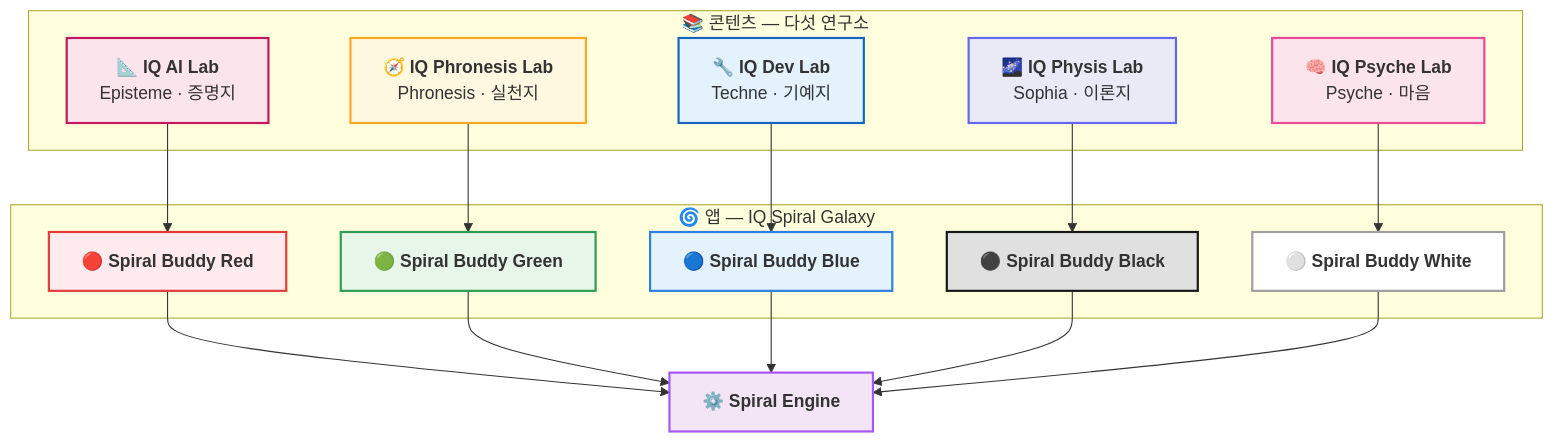
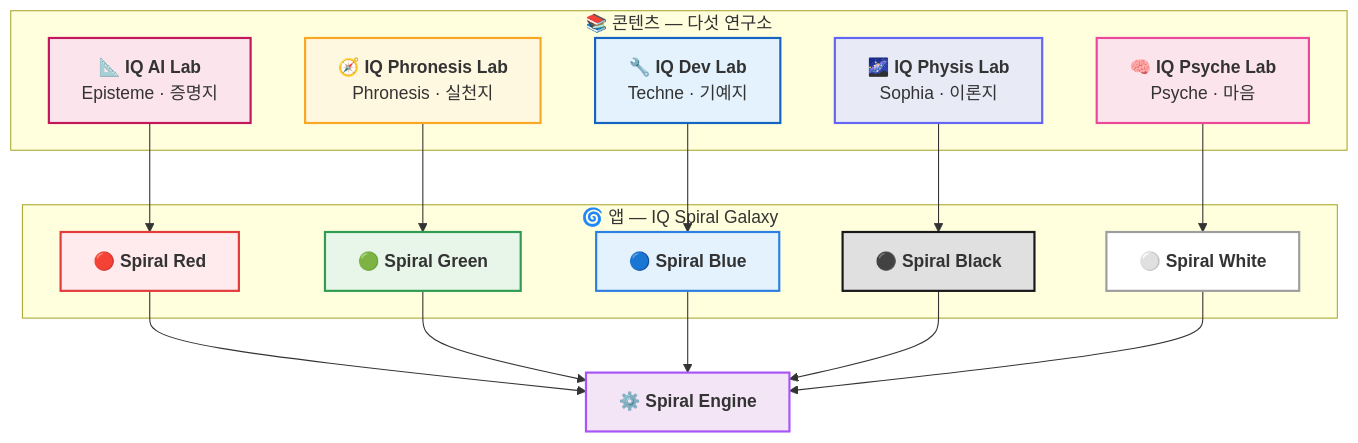
Before and after one commit to iq-spiral-galaxy/.github: the first of 2 diagrams in profile/README.md, drawn with Mermaid. The commit also changed other lines of this file and 1 other file, not shown here.

First line of the commit message:
Drop "Buddy" from buddy display names; fix three→five labs wording

````diff
--- a/profile/README.md
+++ b/profile/README.md
@@ -47,44 +47,44 @@
 ```mermaid
 graph TD
     subgraph CONTENT["📚 콘텐츠 — 다섯 연구소"]
         AILAB["📐 <b>IQ AI Lab</b><br/>Episteme · 증명지"]
         DEVLAB["🔧 <b>IQ Dev Lab</b><br/>Techne · 기예지"]
         PHRLAB["🧭 <b>IQ Phronesis Lab</b><br/>Phronesis · 실천지"]
         PHYLAB["🌌 <b>IQ Physis Lab</b><br/>Sophia · 이론지"]
         PSYLAB["🧠 <b>IQ Psyche Lab</b><br/>Psyche · 마음"]
     end
 
     subgraph APPS["🌀 앱 — IQ Spiral Galaxy"]
-        RED["🔴 <b>Spiral Buddy Red</b>"]
-        GREEN["🟢 <b>Spiral Buddy Green</b>"]
-        BLUE["🔵 <b>Spiral Buddy Blue</b>"]
-        BLACK["⚫ <b>Spiral Buddy Black</b>"]
-        WHITE["⚪ <b>Spiral Buddy White</b>"]
+        RED["🔴 <b>Spiral Red</b>"]
+        GREEN["🟢 <b>Spiral Green</b>"]
+        BLUE["🔵 <b>Spiral Blue</b>"]
+        BLACK["⚫ <b>Spiral Black</b>"]
+        WHITE["⚪ <b>Spiral White</b>"]
     end
 
     ENGINE["⚙️ <b>Spiral Engine</b>"]
 
     AILAB --> RED
     DEVLAB --> BLUE
     PHRLAB --> GREEN
     PHYLAB --> BLACK
     PSYLAB --> WHITE
 
     RED --> ENGINE
     GREEN --> ENGINE
     BLUE --> ENGINE
     BLACK --> ENGINE
     WHITE --> ENGINE
 
     style AILAB fill:#fce4ec,stroke:#c2185b,stroke-width:2px
     style DEVLAB fill:#e3f2fd,stroke:#1565c0,stroke-width:2px
     style PHRLAB fill:#fff8e1,stroke:#f9a825,stroke-width:2px
     style PHYLAB fill:#e8eaf6,stroke:#6366f1,stroke-width:2px
     style PSYLAB fill:#fce4ec,stroke:#ec4899,stroke-width:2px
     style RED fill:#ffebee,stroke:#e23b3b,stroke-width:2px
     style GREEN fill:#e8f5e9,stroke:#2e9d52,stroke-width:2px
     style BLUE fill:#e3f2fd,stroke:#2f7fe2,stroke-width:2px
     style BLACK fill:#e0e0e0,stroke:#181818,stroke-width:2px
     style WHITE fill:#ffffff,stroke:#9e9e9e,stroke-width:2px
     style ENGINE fill:#f3e5f5,stroke:#a855f7,stroke-width:2px
 ```
````
